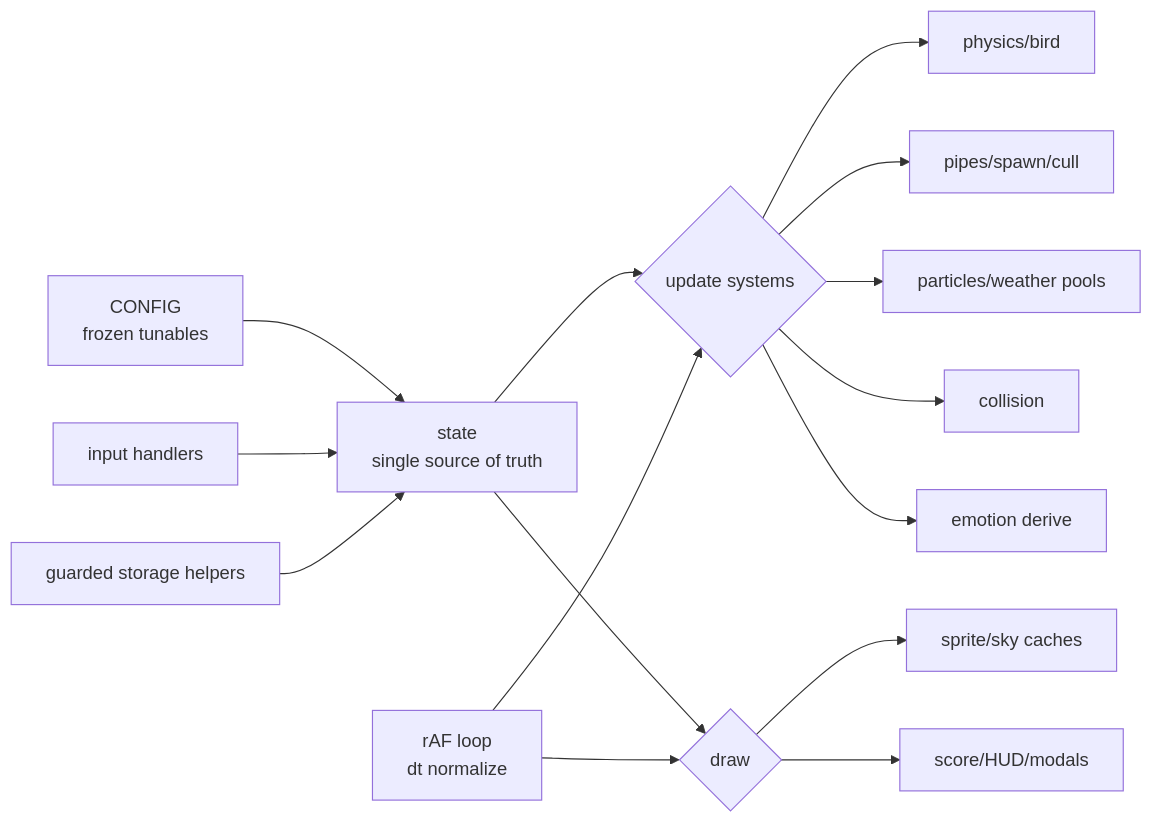
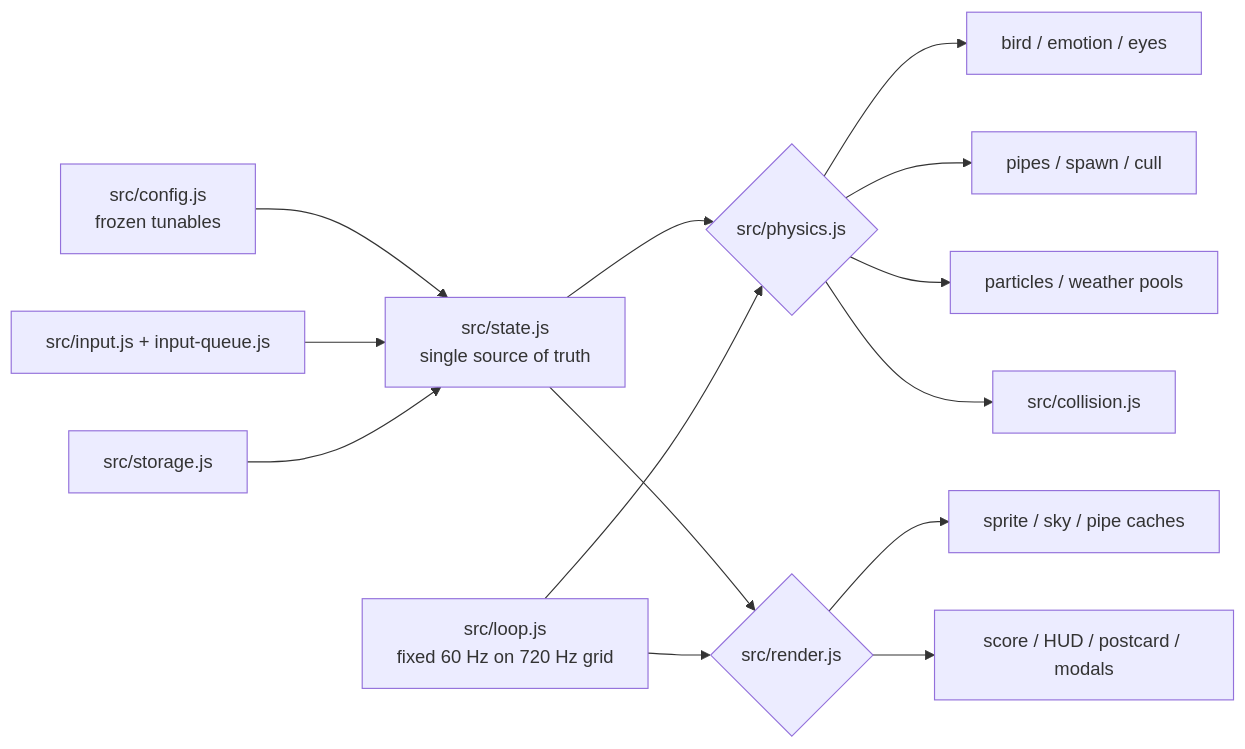
One commit to 0thernes/glidiebirdie changed the second of 4 diagrams in docs/ARCHITECTURE.md. Above: the diagram before and after it, drawn with Mermaid. The commit also changed other lines of this file and 36 other files, not shown here.

````diff
--- a/docs/ARCHITECTURE.md
+++ b/docs/ARCHITECTURE.md
@@ -42,17 +42,16 @@
 ```mermaid
 graph LR
-  CFG[CONFIG<br/>frozen tunables] --> STATE[state<br/>single source of truth]
-  STATE --> UPD{update systems}
-  UPD --> PHYS[physics/bird]
-  UPD --> PIPES[pipes/spawn/cull]
-  UPD --> FX[particles/weather pools]
-  UPD --> COLL[collision]
-  UPD --> EMO[emotion derive]
-  STATE --> DRAW{draw}
-  DRAW --> CACHE[sprite/sky caches]
-  DRAW --> HUD[score/HUD/modals]
-  LOOP[rAF loop<br/>dt normalize] --> UPD
+  CFG[src/config.js<br/>frozen tunables] --> STATE[src/state.js<br/>single source of truth]
+  STATE --> UPD{src/physics.js}
+  UPD --> PHYS[bird / emotion / eyes]
+  UPD --> PIPES[pipes / spawn / cull]
+  UPD --> FX[particles / weather pools]
+  UPD --> COLL[src/collision.js]
+  STATE --> DRAW{src/render.js}
+  DRAW --> CACHE[sprite / sky / pipe caches]
+  DRAW --> HUD[score / HUD / postcard / modals]
+  LOOP[src/loop.js<br/>fixed 60 Hz on 720 Hz grid] --> UPD
   LOOP --> DRAW
-  INPUT[input handlers] --> STATE
-  STORAGE[guarded storage helpers] --> STATE
+  INPUT[src/input.js + input-queue.js] --> STATE
+  STORAGE[src/storage.js] --> STATE
 ```
````
